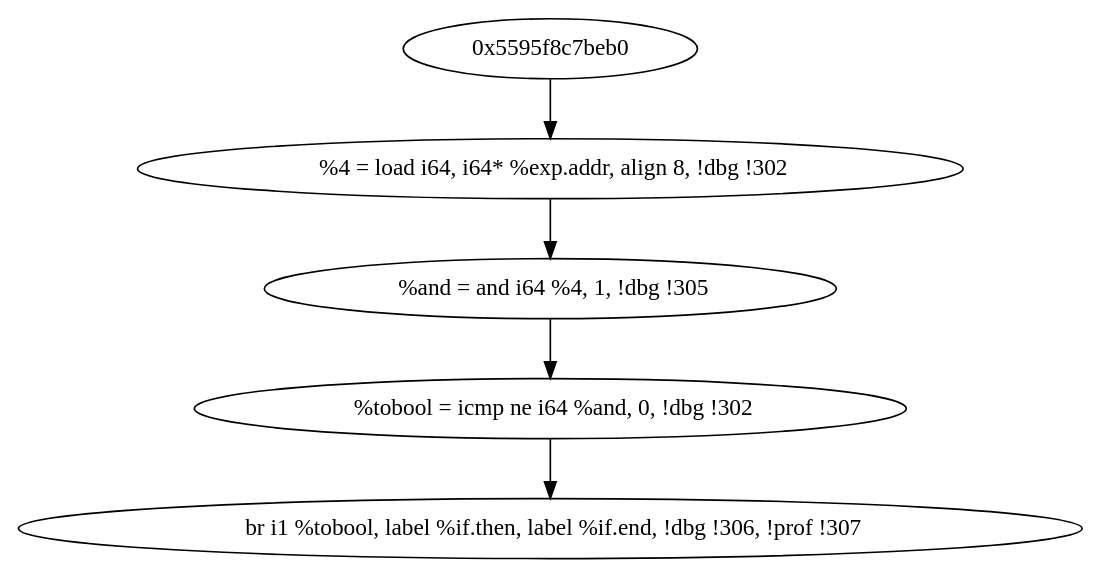
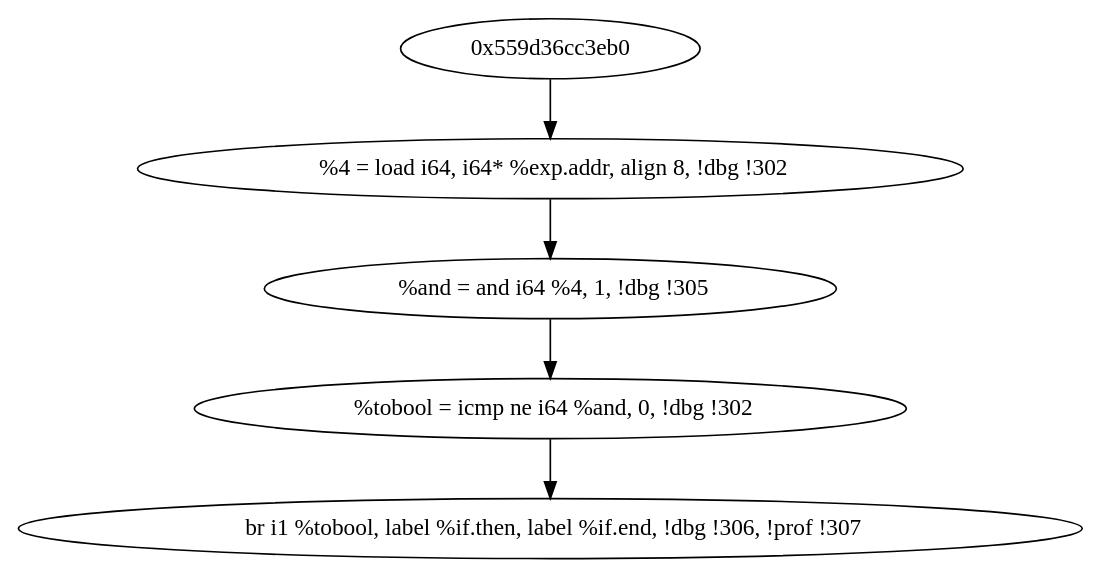
One commit to rudrajyotiroy/mirrormaze changed the diagram in benchmarks/correctness/_Z6modexpyyy_ddg_while.body.dot. Above: the diagram before and after it, drawn with Graphviz. The commit also changed 9 other files, not shown here.

```diff
--- a/benchmarks/correctness/_Z6modexpyyy_ddg_while.body.dot
+++ b/benchmarks/correctness/_Z6modexpyyy_ddg_while.body.dot
@@ -1,10 +1,10 @@
 digraph DDG {
-  "0x5595f8c7bf20" [label="  %4 = load i64, i64* %exp.addr, align 8, !dbg !302"];
-  "0x5595f8c7bfe0" [label="  %and = and i64 %4, 1, !dbg !305"];
-  "0x5595f8c7c0a0" [label="  %tobool = icmp ne i64 %and, 0, !dbg !302"];
-  "0x5595f8c7c150" [label="  br i1 %tobool, label %if.then, label %if.end, !dbg !306, !prof !307"];
-  "0x5595f8c7beb0" -> "0x5595f8c7bf20";
-  "0x5595f8c7bf20" -> "0x5595f8c7bfe0";
-  "0x5595f8c7bfe0" -> "0x5595f8c7c0a0";
-  "0x5595f8c7c0a0" -> "0x5595f8c7c150";
+  "0x559d36cc3f20" [label="  %4 = load i64, i64* %exp.addr, align 8, !dbg !302"];
+  "0x559d36cc3fe0" [label="  %and = and i64 %4, 1, !dbg !305"];
+  "0x559d36cc40a0" [label="  %tobool = icmp ne i64 %and, 0, !dbg !302"];
+  "0x559d36cc4150" [label="  br i1 %tobool, label %if.then, label %if.end, !dbg !306, !prof !307"];
+  "0x559d36cc3eb0" -> "0x559d36cc3f20";
+  "0x559d36cc3f20" -> "0x559d36cc3fe0";
+  "0x559d36cc3fe0" -> "0x559d36cc40a0";
+  "0x559d36cc40a0" -> "0x559d36cc4150";
 }
```
